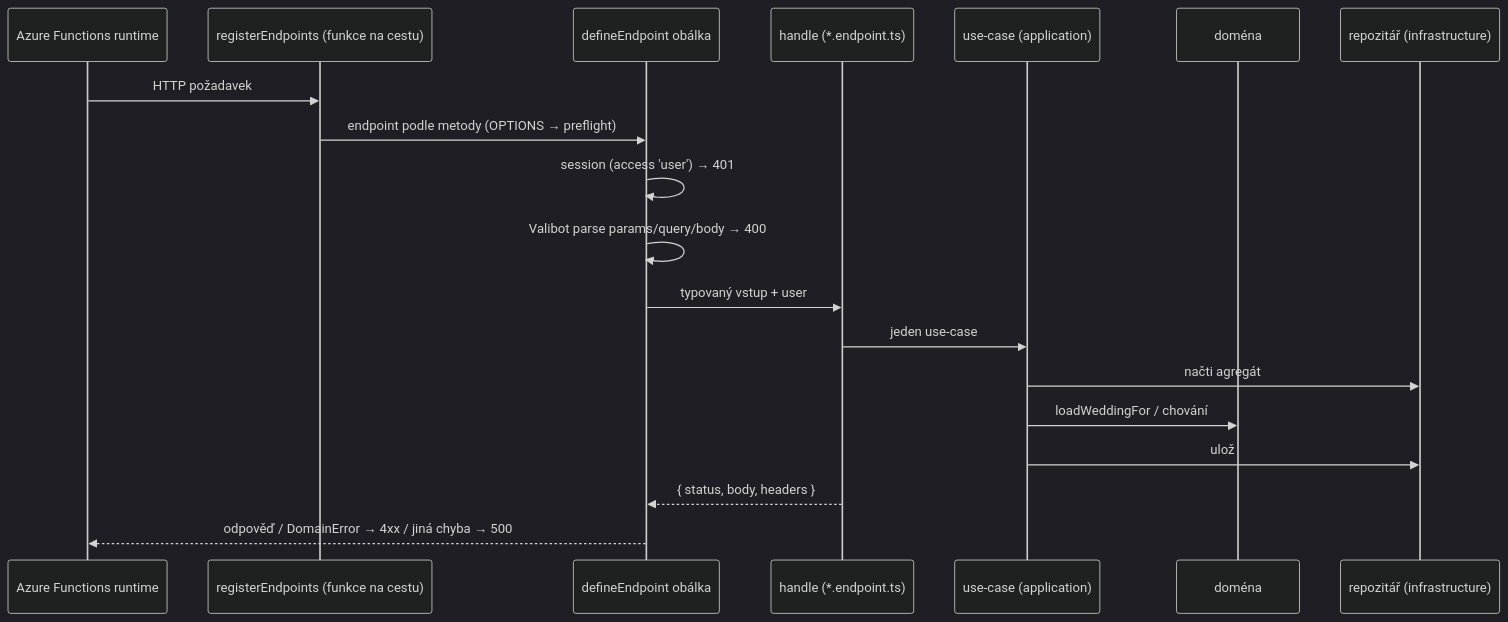
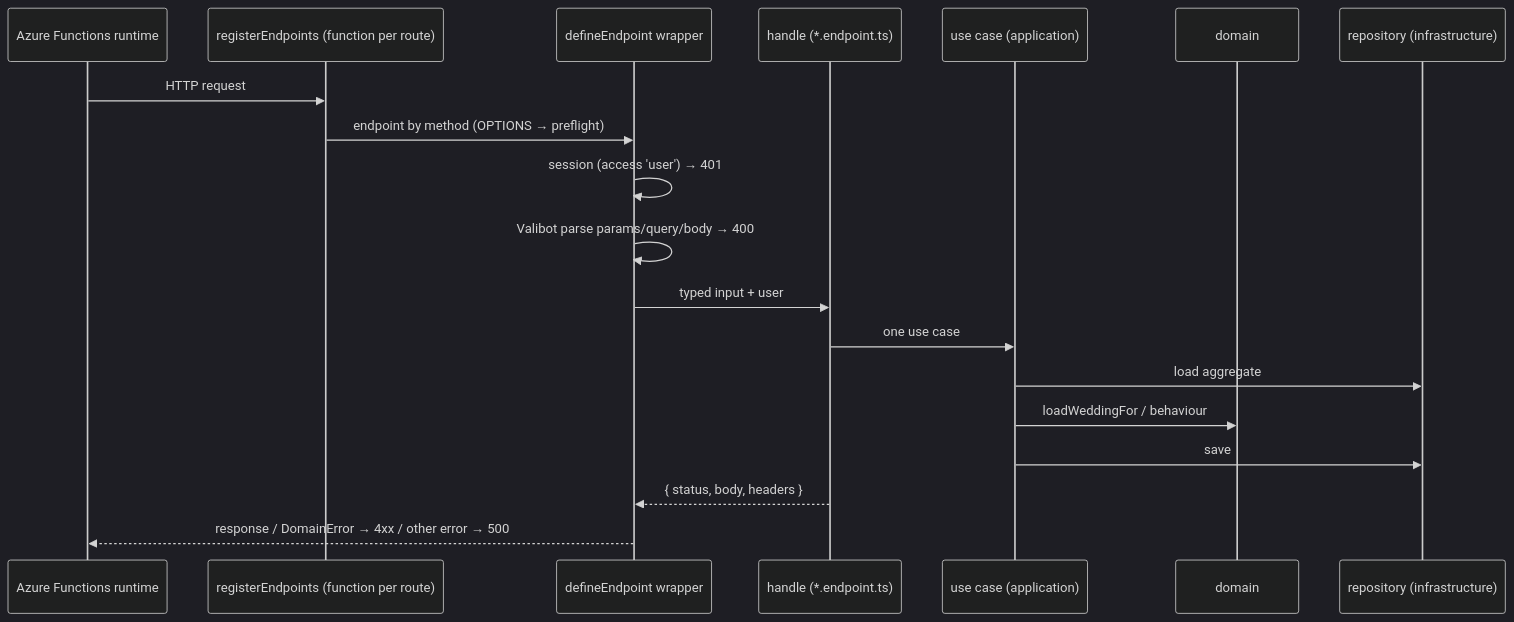
Before and after one commit to iziqq/fridrich.cloud: the diagram in doc/wiki/architecture/backend.md, drawn with Mermaid (dark theme). The commit also changed other lines of this file and 160 other files, not shown here.

````diff
--- a/doc/wiki/architecture/backend.md
+++ b/doc/wiki/architecture/backend.md
@@ -54,21 +54,21 @@
 ```mermaid
 sequenceDiagram
     participant R as Azure Functions runtime
-    participant E as registerEndpoints (funkce na cestu)
-    participant D as defineEndpoint obálka
+    participant E as registerEndpoints (function per route)
+    participant D as defineEndpoint wrapper
     participant H as handle (*.endpoint.ts)
-    participant U as use-case (application)
-    participant M as doména
-    participant I as repozitář (infrastructure)
-    R->>E: HTTP požadavek
-    E->>D: endpoint podle metody (OPTIONS → preflight)
+    participant U as use case (application)
+    participant M as domain
+    participant I as repository (infrastructure)
+    R->>E: HTTP request
+    E->>D: endpoint by method (OPTIONS → preflight)
     D->>D: session (access 'user') → 401
     D->>D: Valibot parse params/query/body → 400
-    D->>H: typovaný vstup + user
-    H->>U: jeden use-case
-    U->>I: načti agregát
-    U->>M: loadWeddingFor / chování
-    U->>I: ulož
+    D->>H: typed input + user
+    H->>U: one use case
+    U->>I: load aggregate
+    U->>M: loadWeddingFor / behaviour
+    U->>I: save
     H-->>D: { status, body, headers }
-    D-->>R: odpověď / DomainError → 4xx / jiná chyba → 500
+    D-->>R: response / DomainError → 4xx / other error → 500
 ```
````
